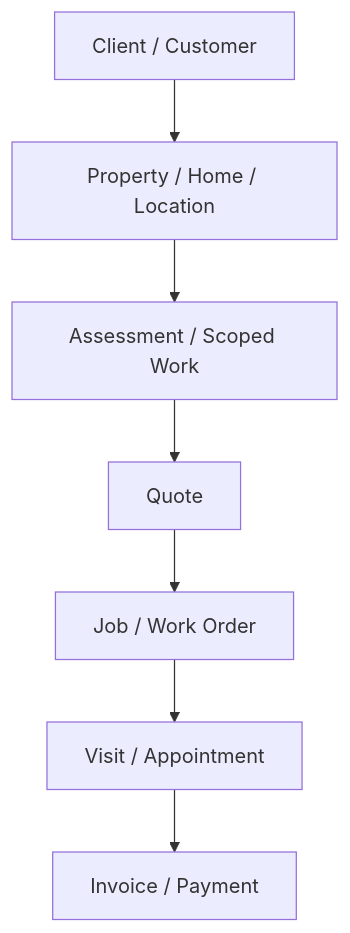
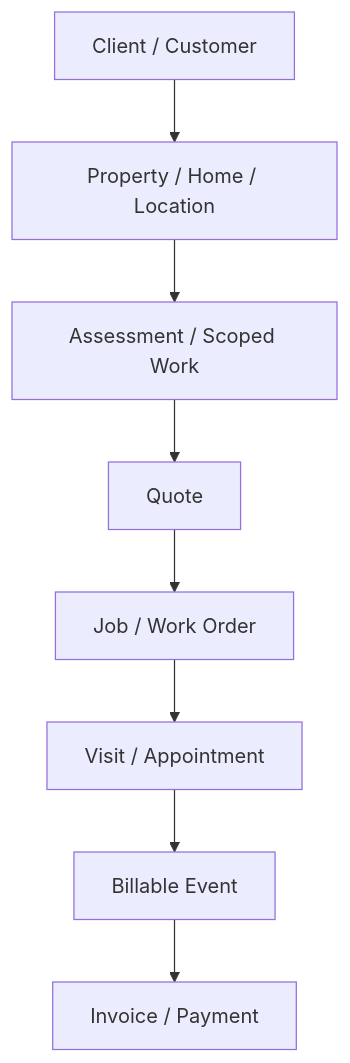
Before and after one commit to swpanda88/pandazen-web-gtp: the first of 5 diagrams in docs/presentations/pandazen-system-architecture-deck.md, drawn with Mermaid. The commit also changed other lines of this file and 7 other files, not shown here.

Commit message:
Finalise locked architecture docs after PR 77

````diff
--- a/docs/presentations/pandazen-system-architecture-deck.md
+++ b/docs/presentations/pandazen-system-architecture-deck.md
@@ -38,12 +38,13 @@
 ```mermaid
 flowchart TD
     C["Client / Customer"]
     P["Property / Home / Location"]
     A["Assessment / Scoped Work"]
     Q["Quote"]
     J["Job / Work Order"]
     V["Visit / Appointment"]
+    BE["Billable Event"]
     I["Invoice / Payment"]
 
-    C --> P --> A --> Q --> J --> V --> I
+    C --> P --> A --> Q --> J --> V --> BE --> I
 ```
````
